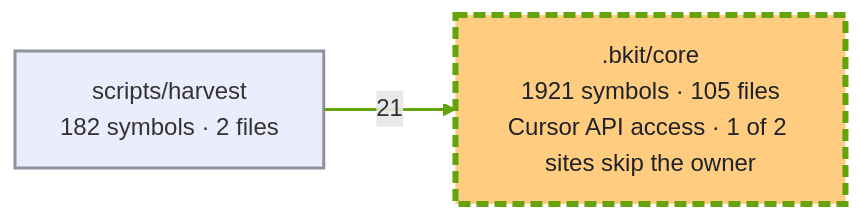
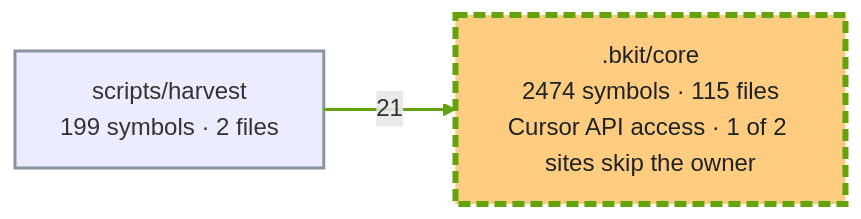
Before and after one commit to cbartens/bkit: the second of 3 diagrams in docs/capabilities.md, drawn with Mermaid. The commit also changed other lines of this file, not shown here.

Commit message:
docs(graph): refresh capabilities graph for the 6.0.0 tree

````diff
--- a/docs/capabilities.md
+++ b/docs/capabilities.md
@@ -168,16 +169,16 @@
 ```mermaid
 ---
 config:
   layout: elk
   flowchart:
     useMaxWidth: false
 ---
 flowchart LR
-  %% Generated by bkit-graphify-rollup.py from f561e7705df88f13f3f36fd891c6de9cf44e03be — do not edit
-  n_bkit_core[".bkit/core<br/>1921 symbols · 105 files<br/>Cursor API access · 1 of 2 sites skip the owner"]
-  nscripts_harvest["scripts/harvest<br/>182 symbols · 2 files"]
+  %% Generated by bkit-graphify-rollup.py from 33c7aae18ea21a733baa21ce31e984e762b9bced — do not edit
+  n_bkit_core[".bkit/core<br/>2474 symbols · 115 files<br/>Cursor API access · 1 of 2 sites skip the owner"]
+  nscripts_harvest["scripts/harvest<br/>199 symbols · 2 files"]
   nscripts_harvest -->|21| n_bkit_core
   style n_bkit_core stroke:#65a30d,stroke-width:4px,stroke-dasharray:8 4,fill:#ffcc80,color:#1f2328
   style nscripts_harvest stroke:#8b949e,stroke-width:2px
   linkStyle 0 stroke:#65a30d,stroke-width:2px
 ```
````
